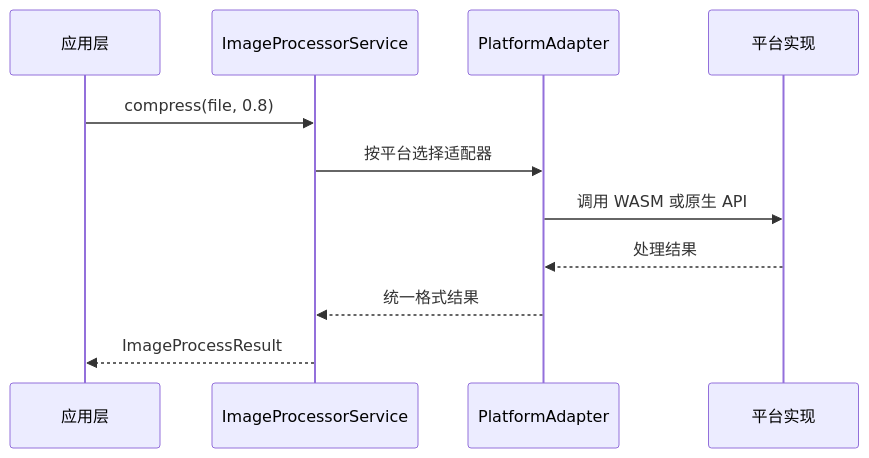
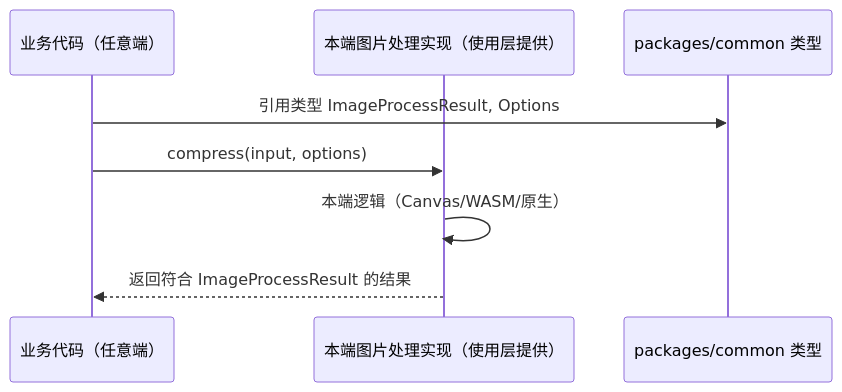
One commit to trueLoving/Pixuli changed the second of 2 diagrams in .github/02-design/02-cross-image-process.md. Above: the diagram before and after it, drawn with Mermaid. The commit also changed other lines of this file and 14 other files, not shown here.

First line of the commit message:
feat: 跨端图片处理方案与压缩/转换页实现 (#45)

````diff
--- a/.github/02-design/02-cross-image-process.md
+++ b/.github/02-design/02-cross-image-process.md
@@ -108,14 +117,11 @@
 ```mermaid
 sequenceDiagram
-    participant App as 应用层
-    participant Service as ImageProcessorService
-    participant Adapter as PlatformAdapter
-    participant Impl as 平台实现
+    participant Biz as 业务代码（任意端）
+    participant Impl as 本端图片处理实现（使用层提供）
+    participant Common as packages/common 类型
 
-    App->>Service: compress(file, 0.8)
-    Service->>Adapter: 按平台选择适配器
-    Adapter->>Impl: 调用 WASM 或原生 API
-    Impl-->>Adapter: 处理结果
-    Adapter-->>Service: 统一格式结果
-    Service-->>App: ImageProcessResult
+    Biz->>Common: 引用类型 ImageProcessResult, Options
+    Biz->>Impl: compress(input, options)
+    Impl->>Impl: 本端逻辑（Canvas/WASM/原生）
+    Impl-->>Biz: 返回符合 ImageProcessResult 的结果
 ```
````
